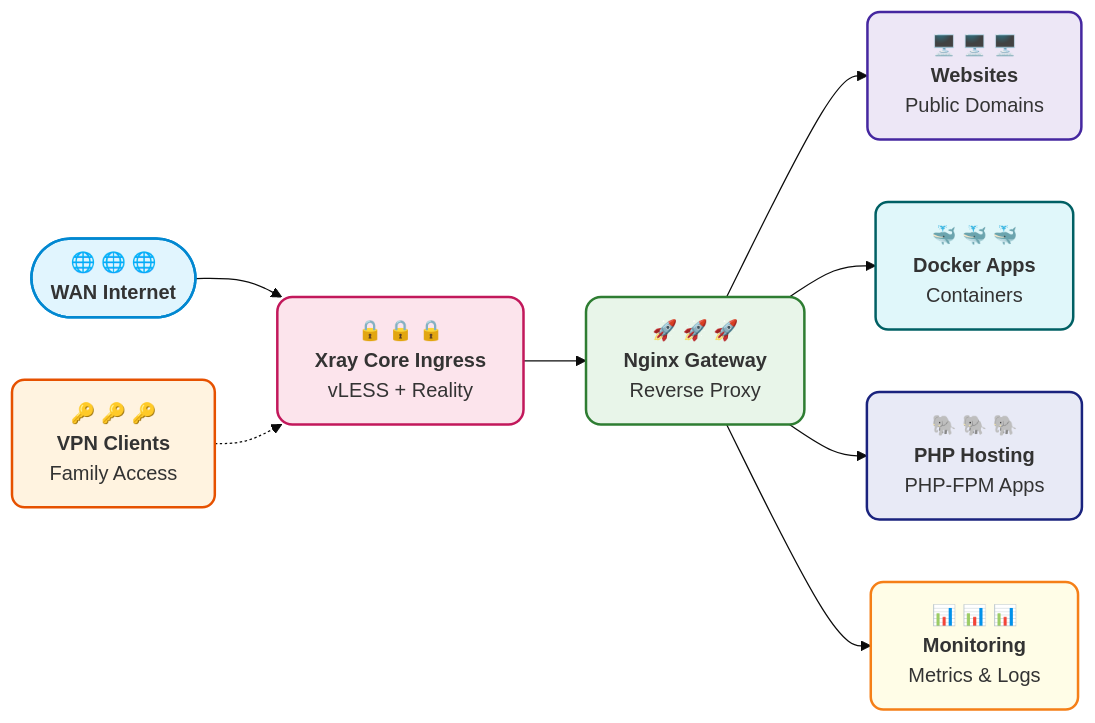
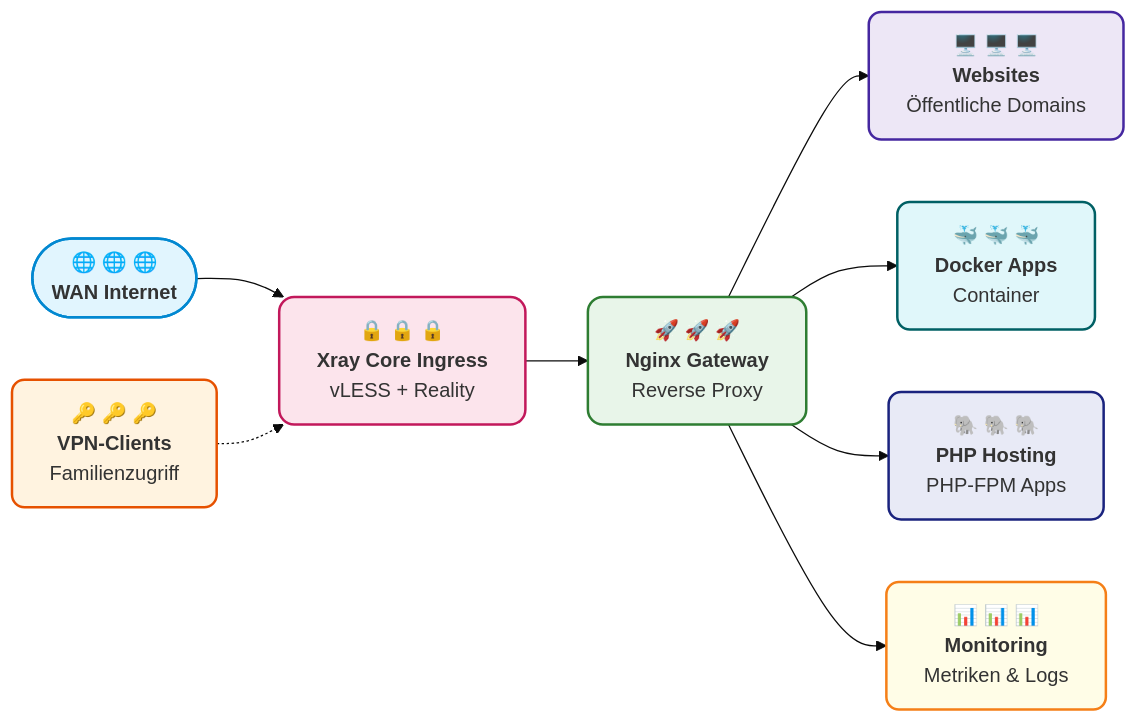
One commit to dzamal-barambajev/infra-self-audit changed the diagram in README.md. Above: the diagram before and after it, drawn with Mermaid. The commit also changed other lines of this file, not shown here.

````diff
--- a/README.md
+++ b/README.md
@@ -22,35 +22,35 @@
 ```mermaid
 %%{init: {'theme': 'base', 'themeVariables': { 'fontFamily': 'Helvetica', 'primaryColor': '#ffffff', 'edgeLabelBackground':'#ffffff'}}}%%
 graph LR
     %% Компактные пастельные стили
     classDef internetStyle fill:#E1F5FE,stroke:#0288D1,stroke-width:2px,rx:12px,ry:12px;
     classDef xrayStyle fill:#FCE4EC,stroke:#C2185B,stroke-width:2px,rx:12px,ry:12px;
     classDef nginxStyle fill:#E8F5E9,stroke:#2E7D32,stroke-width:2px,rx:12px,ry:12px;
-    
+
     classDef webStyle fill:#EDE7F6,stroke:#4527A0,stroke-width:2px,rx:10px,ry:10px;
     classDef dockerStyle fill:#E0F7FA,stroke:#006064,stroke-width:2px,rx:10px,ry:10px;
     classDef phpStyle fill:#E8EAF6,stroke:#1A237E,stroke-width:2px,rx:10px,ry:10px;
     classDef monStyle fill:#FFFDE7,stroke:#F57F17,stroke-width:2px,rx:10px,ry:10px;
     classDef vpnStyle fill:#FFF3E0,stroke:#E65100,stroke-width:2px,rx:10px,ry:10px;
 
     %% Ядро входа с тройными иконками
     Internet(["🌐 🌐 🌐<br><b>WAN Internet</b>"]) --> Xray["🔒 🔒 🔒<br><b>Xray Core Ingress</b><br>vLESS + Reality"]
-    VPN["🔑 🔑 🔑<br><b>VPN Clients</b><br>Family Access"] -.-> Xray
+    VPN["🔑 🔑 🔑<br><b>VPN-Clients</b><br>Familienzugriff"] -.-> Xray
     Xray --> Nginx["🚀 🚀 🚀<br><b>Nginx Gateway</b><br>Reverse Proxy"]
 
     %% Конечные бэкенды с тройными иконками
-    Nginx --> MainWeb["🖥️ 🖥️ 🖥️<br><b>Websites</b><br>Public Domains"]
-    Nginx --> Docker["🐳 🐳 🐳<br><b>Docker Apps</b><br>Containers"]
+    Nginx --> MainWeb["🖥️ 🖥️ 🖥️<br><b>Websites</b><br>Öffentliche Domains"]
+    Nginx --> Docker["🐳 🐳 🐳<br><b>Docker Apps</b><br>Container"]
     Nginx --> PHP["🐘 🐘 🐘<br><b>PHP Hosting</b><br>PHP-FPM Apps"]
-    Nginx --> Mon["📊 📊 📊<br><b>Monitoring</b><br>Metrics & Logs"]
+    Nginx --> Mon["📊 📊 📊<br><b>Monitoring</b><br>Metriken & Logs"]
 
     %% Применение стилей
     class Internet internetStyle;
     class Xray xrayStyle;
     class Nginx nginxStyle;
     class MainWeb webStyle;
     class Docker dockerStyle;
     class PHP phpStyle;
     class Mon monStyle;
     class VPN vpnStyle;
 ```
````
